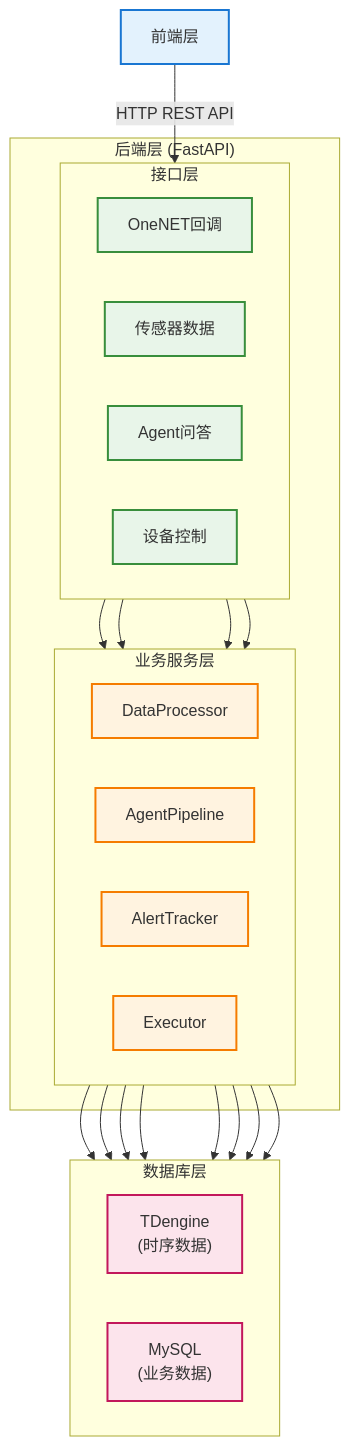
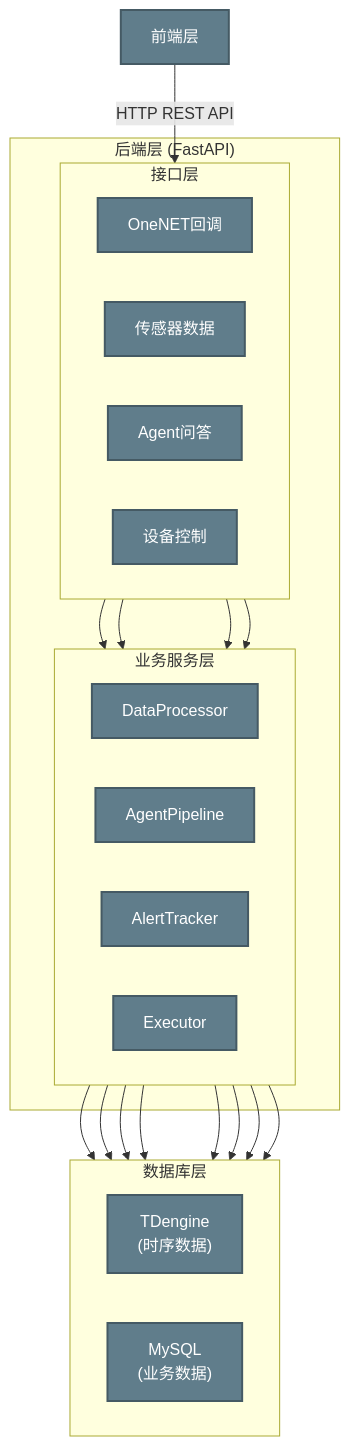
Before and after one commit to Edgar-0919/Fishery-Backend: the first of 2 diagrams in README.md, drawn with Mermaid. The commit also changed other lines of this file, not shown here.

````diff
--- a/README.md
+++ b/README.md
@@ -7,50 +7,46 @@
 ```mermaid
 flowchart TB
-    classDef frontend fill:#E3F2FD,stroke:#1976D2,stroke-width:2px
-    classDef api fill:#E8F5E9,stroke:#388E3C,stroke-width:2px
-    classDef service fill:#FFF3E0,stroke:#F57C00,stroke-width:2px
-    classDef database fill:#FCE4EC,stroke:#C2185B,stroke-width:2px
+    classDef layer fill:#37474F,stroke:#263238,stroke-width:2px
+    classDef node fill:#607D8B,stroke:#455A64,stroke-width:2px,color:#FFFFFF
+    classDef highlight fill:#42A5F5,stroke:#1E88E5,stroke-width:2px,color:#FFFFFF
 
     Frontend["前端层"] -->|"HTTP REST API"| API
 
     subgraph Backend["后端层 (FastAPI)"]
         subgraph API["接口层"]
             direction LR
             C["OneNET回调"]
             D["传感器数据"]
             E["Agent问答"]
             F["设备控制"]
         end
         subgraph Service["业务服务层"]
             direction LR
             G["DataProcessor"]
             H["AgentPipeline"]
             I["AlertTracker"]
             J["Executor"]
         end
     end
 
     subgraph Database["数据库层"]
         direction LR
         K["TDengine<br/>(时序数据)"]
         L["MySQL<br/>(业务数据)"]
     end
 
     C --> G
     D --> G
     E --> H
     F --> J
     G --> K
     G --> L
     H --> K
     H --> L
     I --> K
     I --> L
     J --> K
     J --> L
 
-    class Frontend frontend
-    class C,D,E,F api
-    class G,H,I,J service
-    class K,L database
+    class Frontend,B,A,D,E,F,G,H,I,J,K,L,M,N,O,P node
 ```
````
